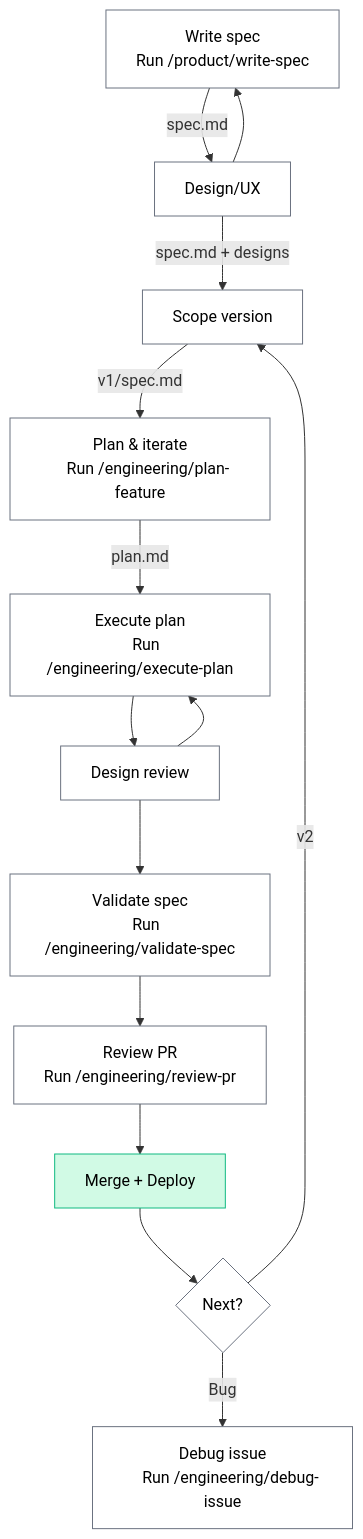
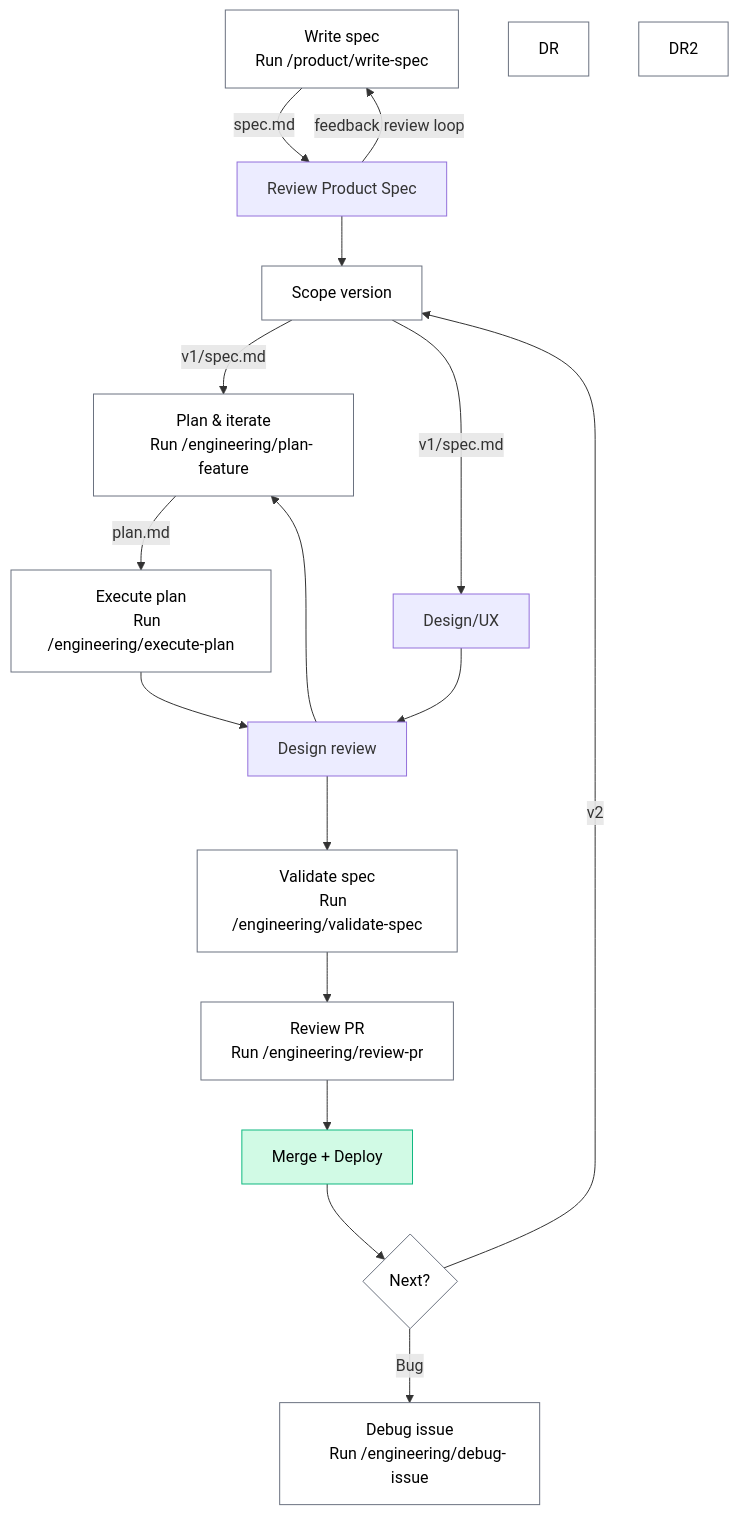
The second of 2 diagrams in README.md (DalgoT4D/dalgo-core), drawn with Mermaid before and after one commit.

Commit message:
Updating engineering track process

````diff
--- a/README.md
+++ b/README.md
@@ -87,34 +87,36 @@
 ```mermaid
 flowchart TD
     A["Write spec
-    Run /product/write-spec"] --> |"spec.md"| DR["Design/UX"]
-    DR --> |"spec.md + designs"| C["Scope version"]
-    DR --> A
+    Run /product/write-spec"] --> |"spec.md"| B["Review Product Spec"]
+    B --> C["Scope version"]
+    B --> |"feedback review loop"| A
     C --> |"v1/spec.md"| D["Plan & iterate
     Run /engineering/plan-feature"]
+    C --> |"v1/spec.md"| E["Design/UX"]
     D --> |"plan.md"| F["Execute plan
     Run /engineering/execute-plan"]
-    F --> DR2["Design review"]
-    DR2 --> G["Validate spec
+    F --> DR1["Design review"]
+    DR1 --> D
+    E --> DR1
+    DR1 --> G["Validate spec
     Run /engineering/validate-spec"]
-    DR2 --> F
     G --> H["Review PR
     Run /engineering/review-pr"]
     H --> I["Merge + Deploy"]
     I --> J{Next?}
     J --> |Bug| K["Debug issue
     Run /engineering/debug-issue"]
     J --> |v2| C
 
     style A fill:#fff,stroke:#6b7280,color:#000
     style DR fill:#fff,stroke:#6b7280,color:#000
     style C fill:#fff,stroke:#6b7280,color:#000
     style D fill:#fff,stroke:#6b7280,color:#000
     style F fill:#fff,stroke:#6b7280,color:#000
     style DR2 fill:#fff,stroke:#6b7280,color:#000
     style G fill:#fff,stroke:#6b7280,color:#000
     style H fill:#fff,stroke:#6b7280,color:#000
     style I fill:#d1fae5,stroke:#10b981,color:#000
     style J fill:#fff,stroke:#6b7280,color:#000
     style K fill:#fff,stroke:#6b7280,color:#000
 ```
````
